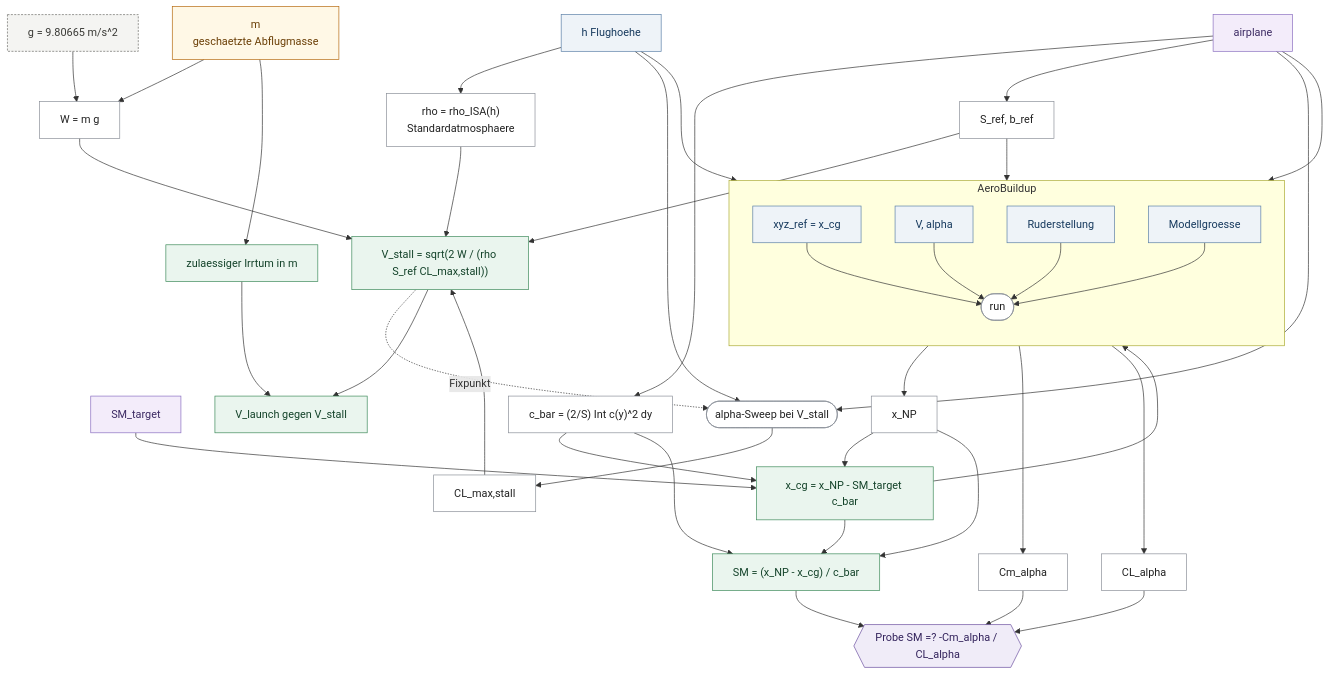
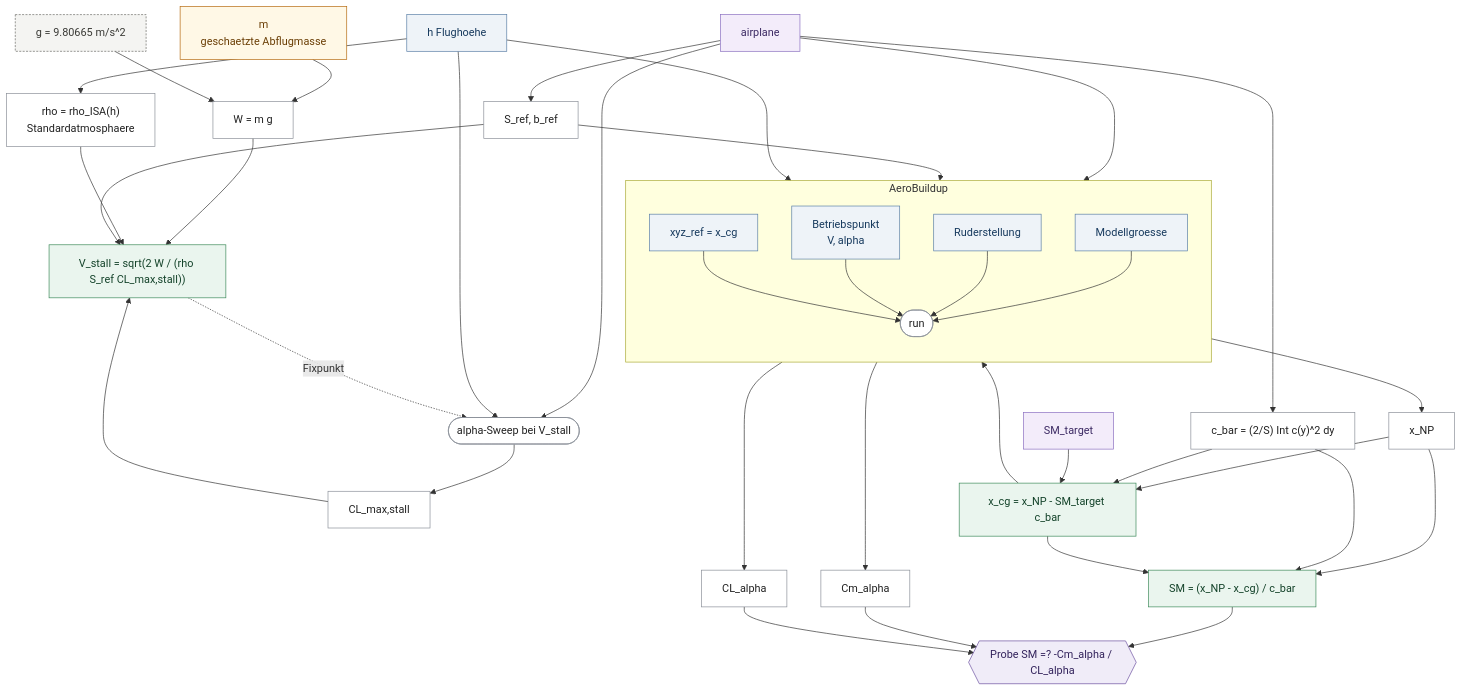
The second of 2 diagrams in _reversa_sdd/calculations/canon/PFAD3.md (szymansk/da3Dalus), drawn with Mermaid before and after one commit. The commit also changed other lines of this file and 1 other file, not shown here.

Commit message:
docs(spec): drop the mission decisions from the computation graph
The hand-launch comparison was an example, not a computation path, and
the admissible mass error belongs with it: both are decisions relative to
a mission. What has to be settled first is that the right values arise at
the right operating points; what one then decides with them is a level
above.

Claude-Session: https://claude.ai/code/session_01Mi6hrNvR7cmwACXYAoStnv

````diff
--- a/_reversa_sdd/calculations/canon/PFAD3.md
+++ b/_reversa_sdd/calculations/canon/PFAD3.md
@@ -445,7 +445,7 @@
   subgraph SOLVER["AeroBuildup"]
     direction TB
     XYZ["xyz_ref = x_cg"]:::inp
-    OP["V, alpha"]:::inp
+    OP["Betriebspunkt<br/>V, alpha"]:::inp
     CTRL["Ruderstellung"]:::inp
     FID["Modellgroesse"]:::inp
     RUN(["run"]):::drv
@@ -465,8 +465,6 @@
   SM["SM = (x_NP - x_cg) / c_bar"]:::out
   RT{{"Probe SM =? -Cm_alpha / CL_alpha"}}:::chk
   VS["V_stall = sqrt(2 W / (rho S_ref CL_max,stall))"]:::out
-  MENV["zulaessiger Irrtum in m"]:::out
-  HAND["V_launch gegen V_stall"]:::out
 
   GEO --> MAC
   GEO --> SREF
@@ -503,7 +501,4 @@
   CLMAX --> VS
   VS -. "Fixpunkt" .-> SWEEP
 
-  MEST --> MENV
-  VS --> HAND
-  MENV --> HAND
 ```
````
